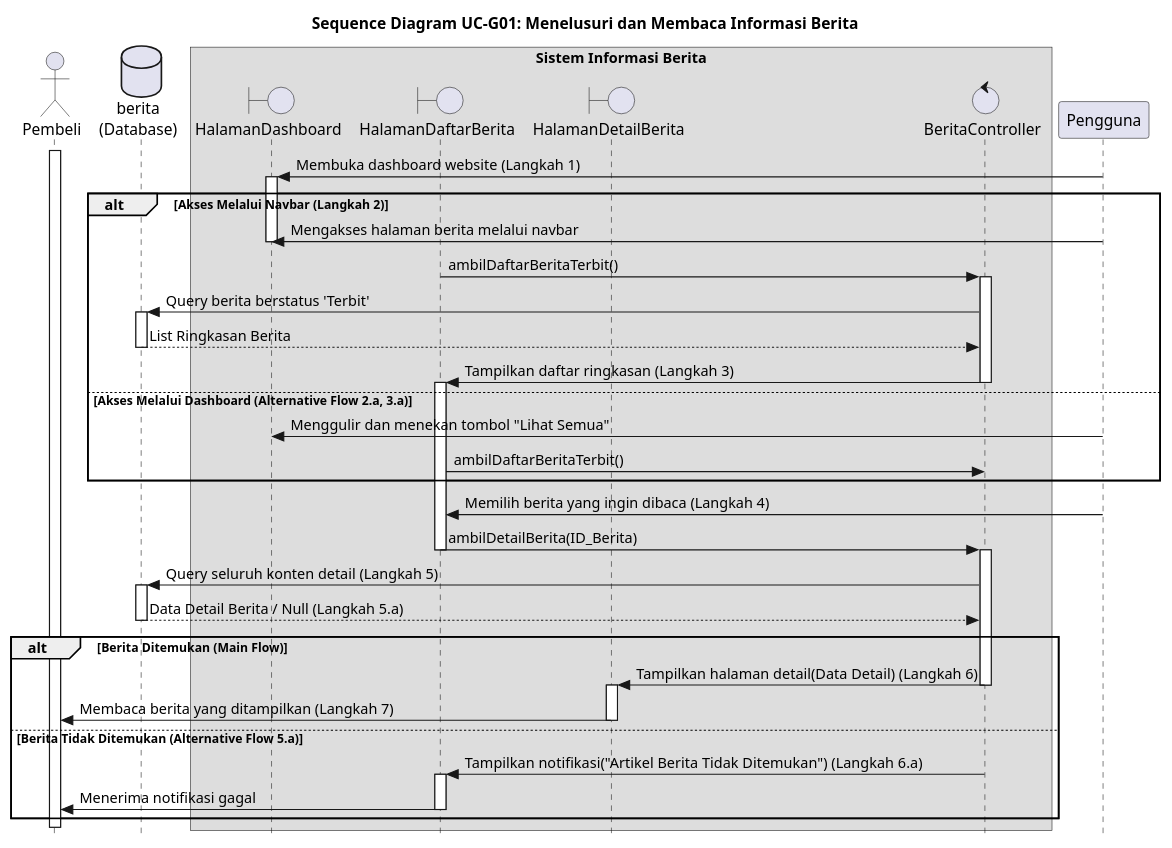
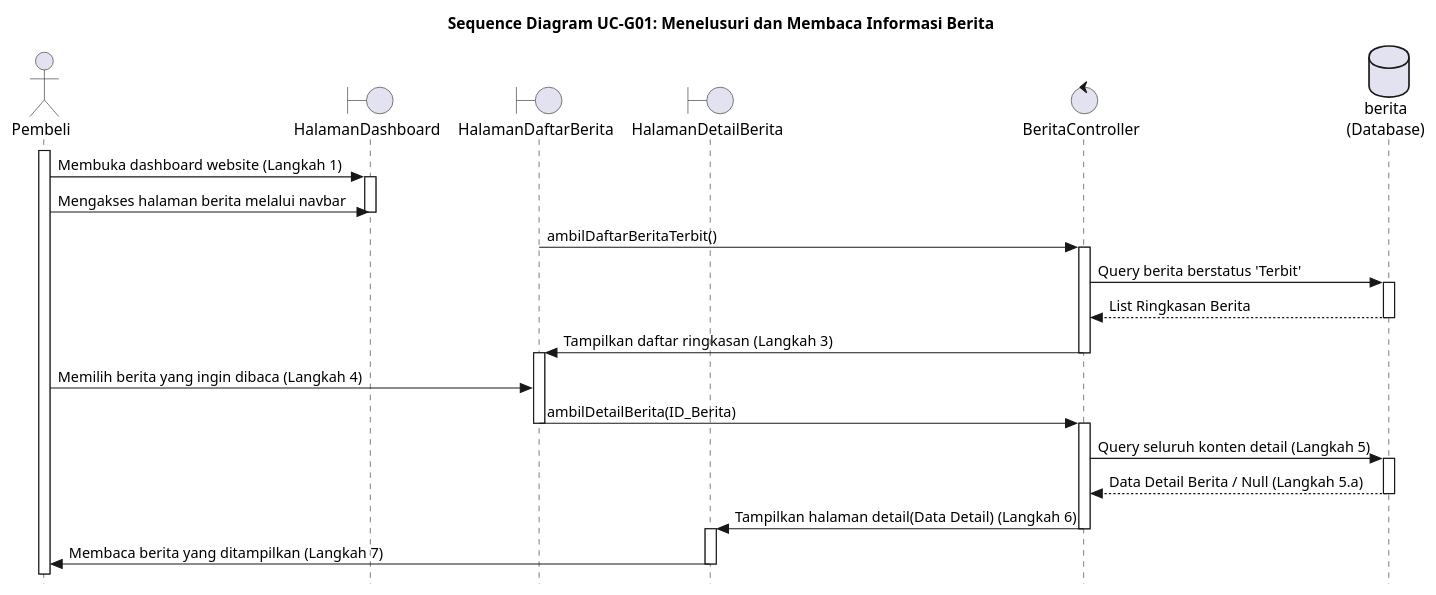
The diagram in UC-G01.PUML (alfiahnurfa/RSI-PROYEK-AKHIR-SEQUENCE), drawn with PlantUML before and after one commit. The commit also changed 57 other files, not shown here.

```diff
--- a/UC-G01.PUML
+++ b/UC-G01.PUML
@@ -1,72 +1,76 @@
 @startuml SD-UC-G01_MembacaBerita
 title Sequence Diagram UC-G01: Menelusuri dan Membaca Informasi Berita
 skinparam style strictuml
 
 actor Pembeli
 boundary HalamanDashboard
 boundary HalamanDaftarBerita
 boundary HalamanDetailBerita
 control BeritaController
 database berita as "berita\n(Database)"
 
-box "Sistem Informasi Berita"
-    participant HalamanDashboard
-    participant HalamanDaftarBerita
-    participant HalamanDetailBerita
-    participant BeritaController
-end box
+' box "Sistem Informasi Berita"
+'     participant HalamanDashboard
+'     participant HalamanDaftarBerita
+'     participant HalamanDetailBerita
+'     participant BeritaController
+' end box
 
 activate Pembeli
-Pengguna -> HalamanDashboard : Membuka dashboard website (Langkah 1)
+Pembeli -> HalamanDashboard : Membuka dashboard website (Langkah 1)
 activate HalamanDashboard
 
-alt Akses Melalui Navbar (Langkah 2)
-    Pengguna -> HalamanDashboard : Mengakses halaman berita melalui navbar
-    deactivate HalamanDashboard
+Pembeli -> HalamanDashboard : Mengakses halaman berita melalui navbar
+deactivate HalamanDashboard
+
+HalamanDaftarBerita -> BeritaController : ambilDaftarBeritaTerbit()
+activate BeritaController
+BeritaController -> berita : Query berita berstatus 'Terbit'
+activate berita
+return List Ringkasan Berita
+deactivate berita
+
+BeritaController -> HalamanDaftarBerita : Tampilkan daftar ringkasan (Langkah 3)
+deactivate BeritaController
+activate HalamanDaftarBerita
+
+' alt Akses Melalui Navbar (Langkah 2)
+
     
-    HalamanDaftarBerita -> BeritaController : ambilDaftarBeritaTerbit()
-    activate BeritaController
-    BeritaController -> berita : Query berita berstatus 'Terbit'
-    activate berita
-    return List Ringkasan Berita
-    deactivate berita
+' else Akses Melalui Dashboard (Alternative Flow 2.a, 3.a)
+'     Pembeli -> HalamanDashboard : Menggulir dan menekan tombol "Lihat Semua"
+'     deactivate HalamanDashboard
     
-    BeritaController -> HalamanDaftarBerita : Tampilkan daftar ringkasan (Langkah 3)
-    deactivate BeritaController
-    activate HalamanDaftarBerita
-    
-else Akses Melalui Dashboard (Alternative Flow 2.a, 3.a)
-    Pengguna -> HalamanDashboard : Menggulir dan menekan tombol "Lihat Semua"
-    deactivate HalamanDashboard
-    
-    HalamanDaftarBerita -> BeritaController : ambilDaftarBeritaTerbit()
-    ' (Langkah 3 dan 3.a berlanjut ke proses pengambilan data yang sama di atas)
-end alt
+'     HalamanDaftarBerita -> BeritaController : ambilDaftarBeritaTerbit()
+'     ' (Langkah 3 dan 3.a berlanjut ke proses pengambilan data yang sama di atas)
+' end alt
 
-Pengguna -> HalamanDaftarBerita : Memilih berita yang ingin dibaca (Langkah 4)
+Pembeli -> HalamanDaftarBerita : Memilih berita yang ingin dibaca (Langkah 4)
 HalamanDaftarBerita -> BeritaController : ambilDetailBerita(ID_Berita)
 deactivate HalamanDaftarBerita
 activate BeritaController
 
 BeritaController -> berita : Query seluruh konten detail (Langkah 5)
 activate berita
 return Data Detail Berita / Null (Langkah 5.a)
 deactivate berita
 
-alt Berita Ditemukan (Main Flow)
-    BeritaController -> HalamanDetailBerita : Tampilkan halaman detail(Data Detail) (Langkah 6)
-    deactivate BeritaController
-    activate HalamanDetailBerita
+BeritaController -> HalamanDetailBerita : Tampilkan halaman detail(Data Detail) (Langkah 6)
+deactivate BeritaController
+activate HalamanDetailBerita
+
+HalamanDetailBerita -> Pembeli : Membaca berita yang ditampilkan (Langkah 7)
+deactivate HalamanDetailBerita
+
+' alt Berita Ditemukan (Main Flow)
+
+' else Berita Tidak Ditemukan (Alternative Flow 5.a)
+'     BeritaController -> HalamanDaftarBerita : Tampilkan notifikasi("Artikel Berita Tidak Ditemukan") (Langkah 6.a)
+'     deactivate BeritaController
     
-    HalamanDetailBerita -> Pembeli : Membaca berita yang ditampilkan (Langkah 7)
-    deactivate HalamanDetailBerita
-else Berita Tidak Ditemukan (Alternative Flow 5.a)
-    BeritaController -> HalamanDaftarBerita : Tampilkan notifikasi("Artikel Berita Tidak Ditemukan") (Langkah 6.a)
-    deactivate BeritaController
-    
-    activate HalamanDaftarBerita
-    HalamanDaftarBerita -> Pembeli : Menerima notifikasi gagal
-    deactivate HalamanDaftarBerita
-end alt
+'     activate HalamanDaftarBerita
+'     HalamanDaftarBerita -> Pembeli : Menerima notifikasi gagal
+'     deactivate HalamanDaftarBerita
+' end alt
 
 @enduml
```
